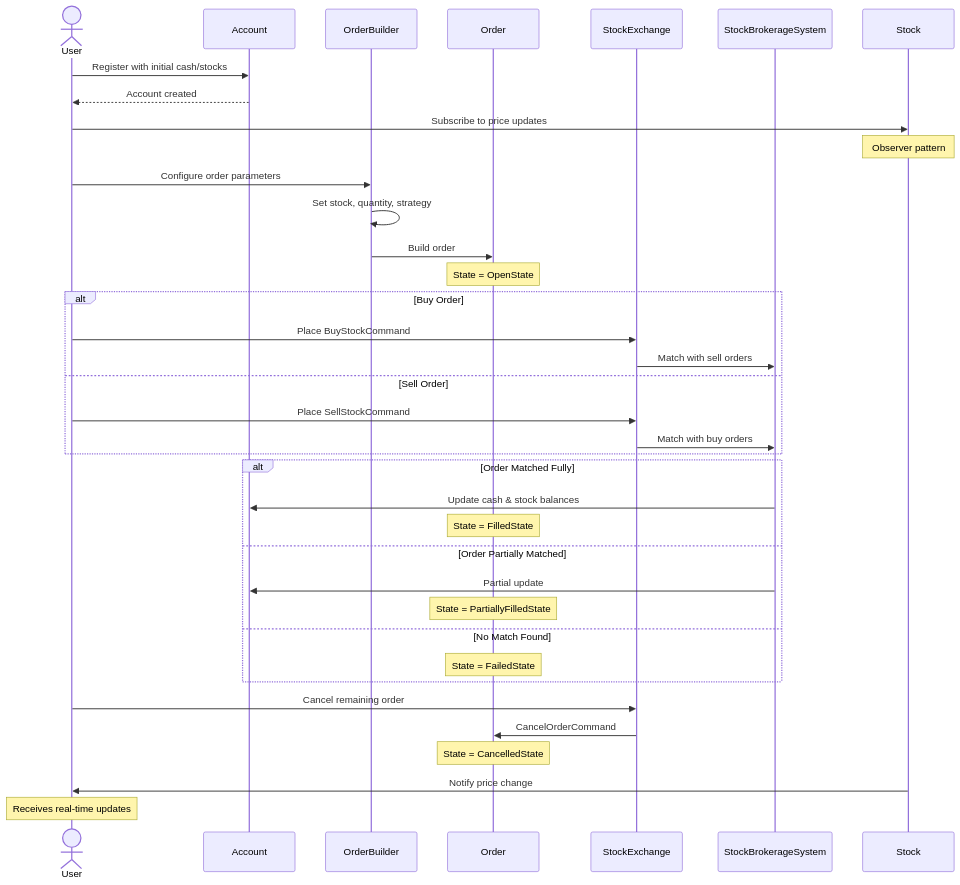
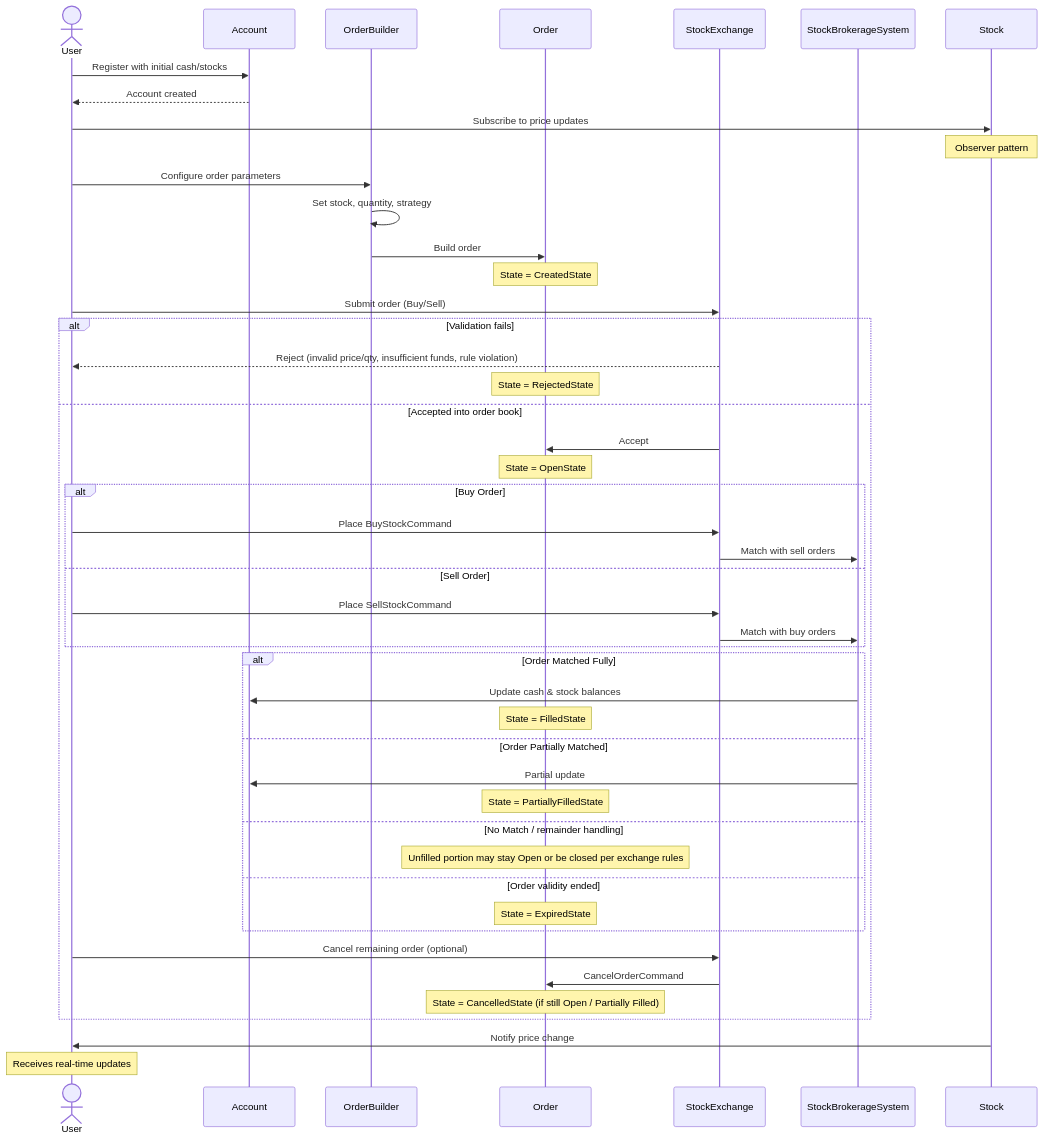
One commit to amit0117/low_level_design changed the second of 2 diagrams in OnlineStockExchange/data_flow.md. Above: the diagram before and after it, drawn with Mermaid. The commit also changed other lines of this file and 10 other files, not shown here.

Commit message:
Added utils for global singleton in stock exchange and updated order matching

````diff
--- a/OnlineStockExchange/data_flow.md
+++ b/OnlineStockExchange/data_flow.md
@@ -42,46 +62,54 @@
 ```mermaid
 sequenceDiagram
     actor User
     participant Account
     participant OrderBuilder
     participant Order
     participant StockExchange
     participant BrokerageSystem as StockBrokerageSystem
     participant Stock
 
     User->>Account: Register with initial cash/stocks
     Account-->>User: Account created
 
     User->>Stock: Subscribe to price updates
     Note over Stock: Observer pattern
 
     User->>OrderBuilder: Configure order parameters
     OrderBuilder->>OrderBuilder: Set stock, quantity, strategy
     OrderBuilder->>Order: Build order
-    Note over Order: State = OpenState
+    Note over Order: State = CreatedState
 
-    alt Buy Order
-        User->>StockExchange: Place BuyStockCommand
-        StockExchange->>BrokerageSystem: Match with sell orders
-    else Sell Order
-        User->>StockExchange: Place SellStockCommand
-        StockExchange->>BrokerageSystem: Match with buy orders
+    User->>StockExchange: Submit order (Buy/Sell)
+    alt Validation fails
+        StockExchange-->>User: Reject (invalid price/qty, insufficient funds, rule violation)
+        Note over Order: State = RejectedState
+    else Accepted into order book
+        StockExchange->>Order: Accept
+        Note over Order: State = OpenState
+        alt Buy Order
+            User->>StockExchange: Place BuyStockCommand
+            StockExchange->>BrokerageSystem: Match with sell orders
+        else Sell Order
+            User->>StockExchange: Place SellStockCommand
+            StockExchange->>BrokerageSystem: Match with buy orders
+        end
+        alt Order Matched Fully
+            BrokerageSystem->>Account: Update cash & stock balances
+            Note over Order: State = FilledState
+        else Order Partially Matched
+            BrokerageSystem->>Account: Partial update
+            Note over Order: State = PartiallyFilledState
+        else No Match / remainder handling
+            Note over Order: Unfilled portion may stay Open or be closed per exchange rules
+        else Order validity ended
+            Note over Order: State = ExpiredState
+        end
+        User->>StockExchange: Cancel remaining order (optional)
+        StockExchange->>Order: CancelOrderCommand
+        Note over Order: State = CancelledState (if still Open / Partially Filled)
     end
-
-    alt Order Matched Fully
-        BrokerageSystem->>Account: Update cash & stock balances
-        Note over Order: State = FilledState
-    else Order Partially Matched
-        BrokerageSystem->>Account: Partial update
-        Note over Order: State = PartiallyFilledState
-    else No Match Found
-        Note over Order: State = FailedState
-    end
-
-    User->>StockExchange: Cancel remaining order
-    StockExchange->>Order: CancelOrderCommand
-    Note over Order: State = CancelledState
 
     Stock->>User: Notify price change
     Note over User: Receives real-time updates
 ```
````
